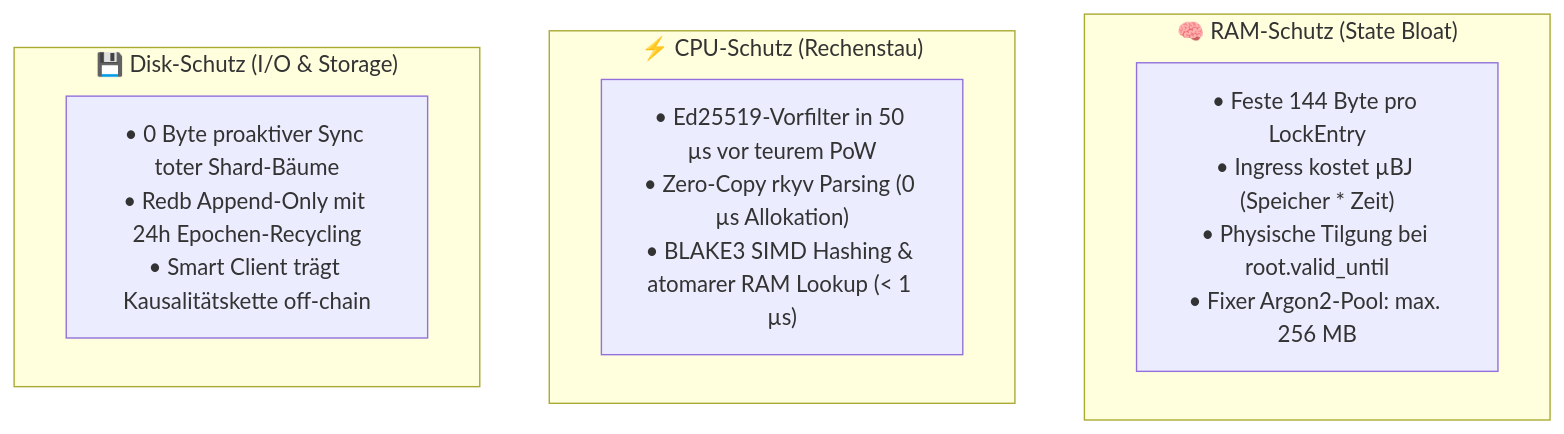
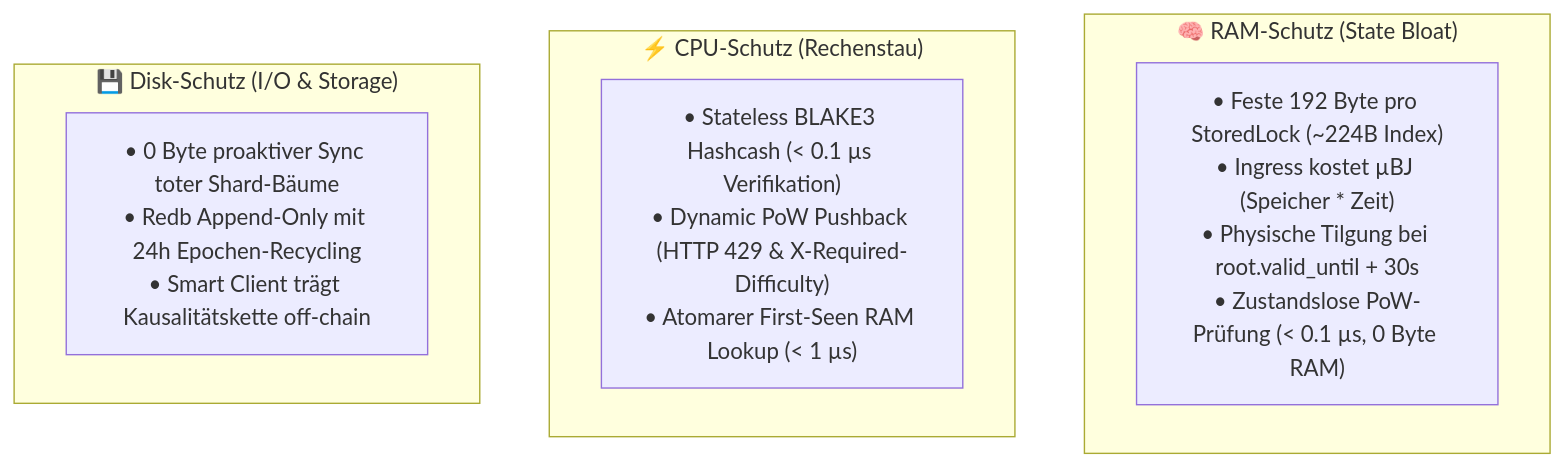
The ninth of 14 diagrams in docs/99_faq_und_angriffsvektoren_deep_dive.md (minutogit/human-money-node), drawn with Mermaid before and after one commit. The commit also changed other lines of this file and 16 other files, not shown here.

````diff
--- a/docs/99_faq_und_angriffsvektoren_deep_dive.md
+++ b/docs/99_faq_und_angriffsvektoren_deep_dive.md
@@ -322,14 +322,14 @@
 ```mermaid
 flowchart TD
     subgraph RAM_Defense["🧠 RAM-Schutz (State Bloat)"]
-        R1["• Feste 144 Byte pro LockEntry<br>• Ingress kostet µBJ (Speicher * Zeit)<br>• Physische Tilgung bei root.valid_until<br>• Fixer Argon2-Pool: max. 256 MB"]
+        R1["• Feste 192 Byte pro StoredLock (~224B Index)<br>• Ingress kostet µBJ (Speicher * Zeit)<br>• Physische Tilgung bei root.valid_until + 30s<br>• Zustandslose PoW-Prüfung (< 0.1 µs, 0 Byte RAM)"]
     end
 
     subgraph CPU_Defense["⚡ CPU-Schutz (Rechenstau)"]
-        C1["• Ed25519-Vorfilter in 50 µs vor teurem PoW<br>• Zero-Copy rkyv Parsing (0 µs Allokation)<br>• BLAKE3 SIMD Hashing & atomarer RAM Lookup (< 1 µs)"]
+        C1["• Stateless BLAKE3 Hashcash (< 0.1 µs Verifikation)<br>• Dynamic PoW Pushback (HTTP 429 & X-Required-Difficulty)<br>• Atomarer First-Seen RAM Lookup (< 1 µs)"]
     end
 
     subgraph Disk_Defense["💾 Disk-Schutz (I/O & Storage)"]
         D1["• 0 Byte proaktiver Sync toter Shard-Bäume<br>• Redb Append-Only mit 24h Epochen-Recycling<br>• Smart Client trägt Kausalitätskette off-chain"]
     end
 ```
````
